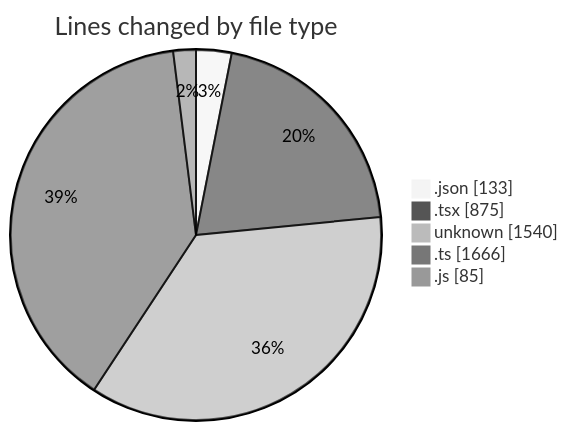
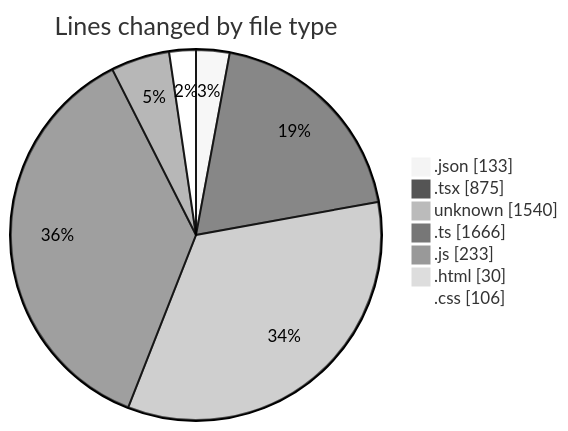
Before and after one commit to ernivani/code-tracking: the first of 2 diagrams in 2025-01-03/nextjs-webllm/README.md, drawn with Mermaid (neutral theme). The commit also changed other lines of this file and 5 other files, not shown here.

````diff
--- a/2025-01-03/nextjs-webllm/README.md
+++ b/2025-01-03/nextjs-webllm/README.md
@@ -38,9 +40,11 @@
 ```mermaid
 pie showData
 title Lines changed by file type
 ".json" : 133
 ".tsx" : 875
 "unknown" : 1540
 ".ts" : 1666
-".js" : 85
+".js" : 233
+".html" : 30
+".css" : 106
 ```
````
